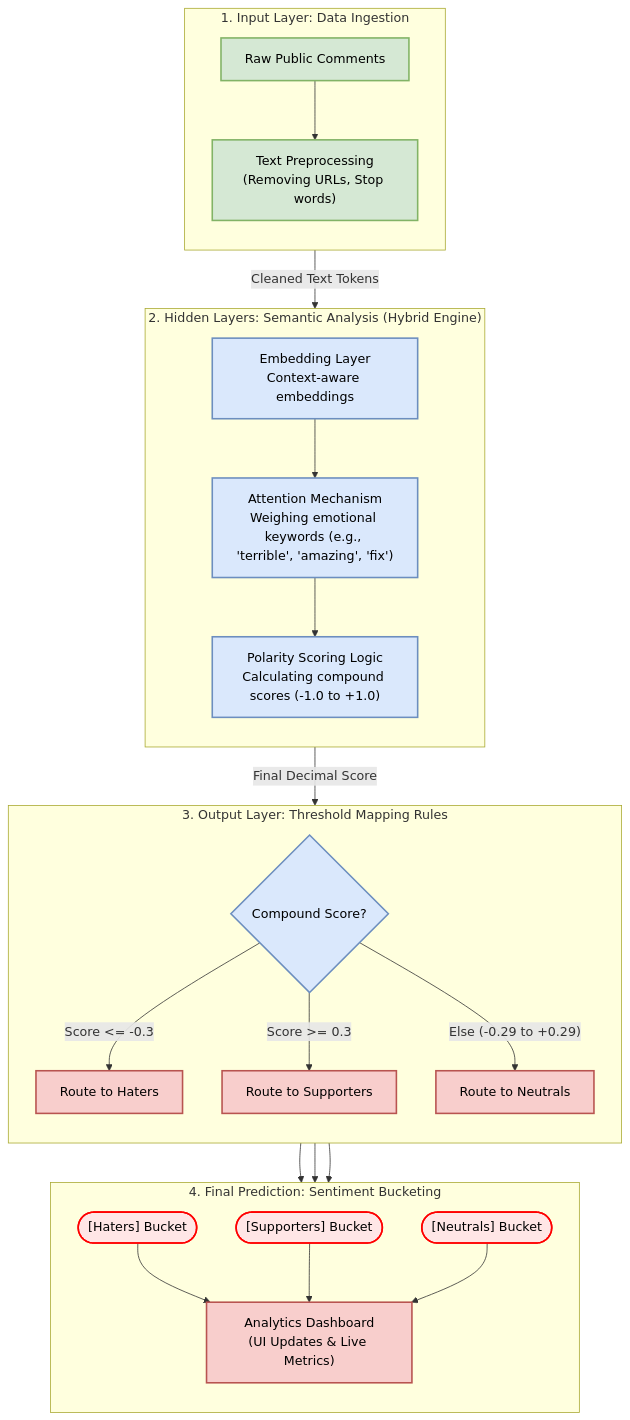
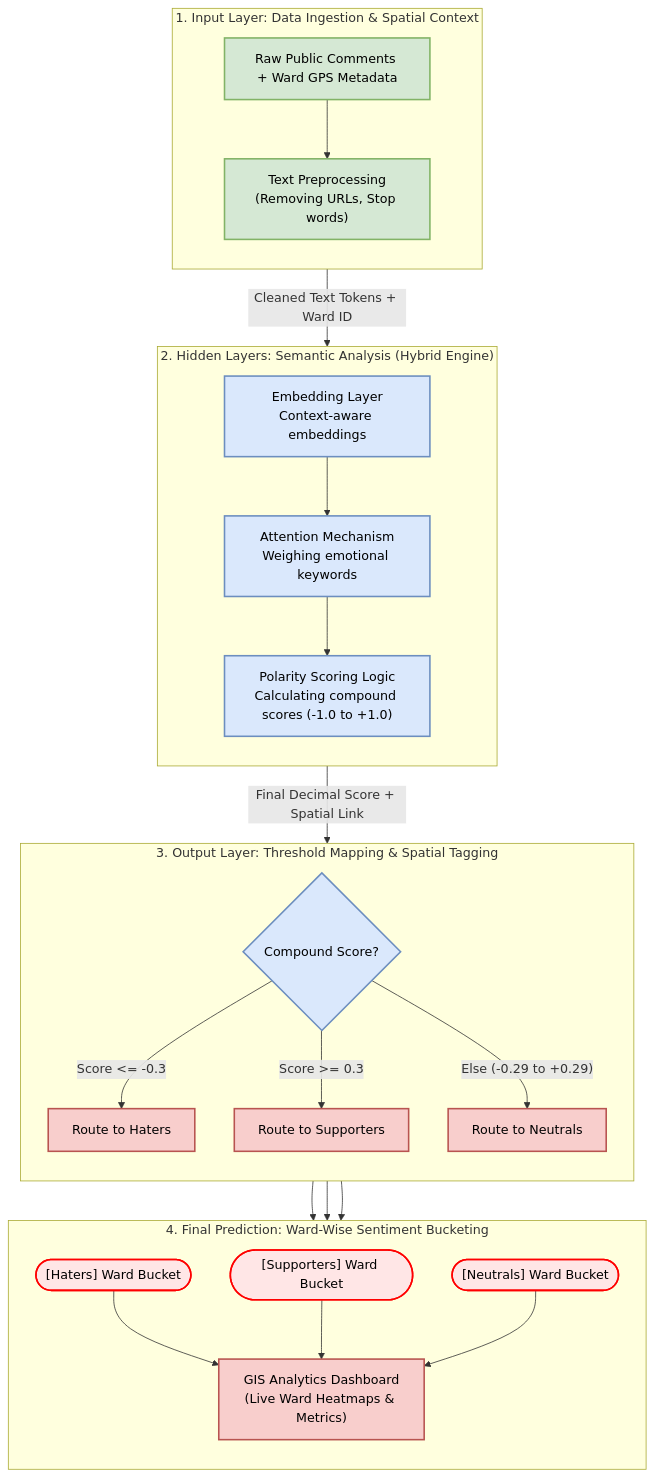
One commit to AryanSahu321/Civic-Issue-Reporting changed the sixth of 7 diagrams in README.md. Above: the diagram before and after it, drawn with Mermaid. The commit also changed other lines of this file, not shown here.

Commit message:
Revise diagrams and descriptions for clarity and context
Updated README to enhance clarity and add spatial metadata context in diagrams.

````diff
--- a/README.md
+++ b/README.md
@@ -520,82 +529,73 @@
 ```mermaid
 graph TD
     %% ==========================================
-    %% STYLING & COLOR CODING
+    %% STYLING & COLOR CODING (DARK THEME OPTIMIZED)
     %% ==========================================
-    %% Green for Input Layer
     classDef inputLayer fill:#d5e8d4,stroke:#82b366,stroke-width:2px,color:#000;
-    
-    %% Blue for Analysis Logic (Hidden Layers)
     classDef hiddenBlock fill:#dae8fc,stroke:#6c8ebf,stroke-width:2px,color:#000;
-    classDef logicDec fill:#dae8fc,stroke:#6c8ebf,stroke-width:2px,color:#000,shape:diamond;
-    
-    %% Red for Output Layers & Prediction Buckets
+    classDef logicDec fill:#dae8fc,stroke:#6c8ebf,stroke-width:2px,color:#000;
     classDef outputLayer fill:#f8cecc,stroke:#b85450,stroke-width:2px,color:#000;
-    classDef predictLayer fill:#ffe6e6,stroke:#ff0000,stroke-width:2px,color:#000,shape:stadium;
+    classDef predictLayer fill:#ffe6e6,stroke:#ff0000,stroke-width:2px,color:#000;
 
     %% ==========================================
-    %% 1. INPUT LAYER
+    %% 1. INPUT LAYER (WITH SPATIAL METADATA)
     %% ==========================================
-    subgraph Sub_Input ["1. Input Layer: Data Ingestion"]
+    subgraph Sub_Input ["1. Input Layer: Data Ingestion & Spatial Context"]
         direction TB
-        RawComments["Raw Public Comments"]:::inputLayer
+        RawComments["Raw Public Comments + Ward GPS Metadata"]:::inputLayer
         Preprocess["Text Preprocessing<br>(Removing URLs, Stop words)"]:::inputLayer
         
         RawComments --> Preprocess
     end
 
     %% ==========================================
     %% 2. HIDDEN LAYERS (SEMANTIC ANALYSIS)
     %% ==========================================
     subgraph Sub_Hidden ["2. Hidden Layers: Semantic Analysis (Hybrid Engine)"]
         direction TB
         Embeddings["Embedding Layer<br>Context-aware embeddings"]:::hiddenBlock
-        Attention["Attention Mechanism<br>Weighing emotional keywords (e.g., 'terrible', 'amazing', 'fix')"]:::hiddenBlock
+        Attention["Attention Mechanism<br>Weighing emotional keywords"]:::hiddenBlock
         Polarity["Polarity Scoring Logic<br>Calculating compound scores (-1.0 to +1.0)"]:::hiddenBlock
 
         Embeddings --> Attention
         Attention --> Polarity
     end
 
-    %% Connect Input to Hidden
-    Preprocess -->|"Cleaned Text Tokens"| Embeddings
+    Preprocess -->|"Cleaned Text Tokens + Ward ID"| Embeddings
 
     %% ==========================================
     %% 3. OUTPUT LAYER
     %% ==========================================
-    subgraph Sub_Output ["3. Output Layer: Threshold Mapping Rules"]
+    subgraph Sub_Output ["3. Output Layer: Threshold Mapping & Spatial Tagging"]
         direction TB
         ScoreCheck{"Compound Score?"}:::logicDec
         RouteHater["Route to Haters"]:::outputLayer
         RouteSupporter["Route to Supporters"]:::outputLayer
         RouteNeutral["Route to Neutrals"]:::outputLayer
 
         ScoreCheck -->|"Score <= -0.3"| RouteHater
         ScoreCheck -->|"Score >= 0.3"| RouteSupporter
         ScoreCheck -->|"Else (-0.29 to +0.29)"| RouteNeutral
     end
 
-    %% Connect Hidden to Output
-    Polarity -->|"Final Decimal Score"| ScoreCheck
+    Polarity -->|"Final Decimal Score + Spatial Link"| ScoreCheck
 
     %% ==========================================
-    %% 4. FINAL PREDICTION
+    %% 4. FINAL PREDICTION & SPATIAL DASHBOARD
     %% ==========================================
-    subgraph Sub_Prediction ["4. Final Prediction: Sentiment Bucketing"]
+    subgraph Sub_Prediction ["4. Final Prediction: Ward-Wise Sentiment Bucketing"]
         direction TB
-        BucketHaters(["[Haters] Bucket"]):::predictLayer
-        BucketSupporters(["[Supporters] Bucket"]):::predictLayer
-        BucketNeutrals(["[Neutrals] Bucket"]):::predictLayer
-        Dashboard["Analytics Dashboard<br>(UI Updates & Live Metrics)"]:::outputLayer
+        BucketHaters(["[Haters] Ward Bucket"]):::predictLayer
+        BucketSupporters(["[Supporters] Ward Bucket"]):::predictLayer
+        BucketNeutrals(["[Neutrals] Ward Bucket"]):::predictLayer
+        Dashboard["GIS Analytics Dashboard<br>(Live Ward Heatmaps & Metrics)"]:::outputLayer
     end
 
-    %% Connect Outputs to Final Buckets
     RouteHater --> BucketHaters
     RouteSupporter --> BucketSupporters
     RouteNeutral --> BucketNeutrals
 
-    %% Feed to Dashboard
     BucketHaters --> Dashboard
     BucketSupporters --> Dashboard
     BucketNeutrals --> Dashboard
 ```
````
